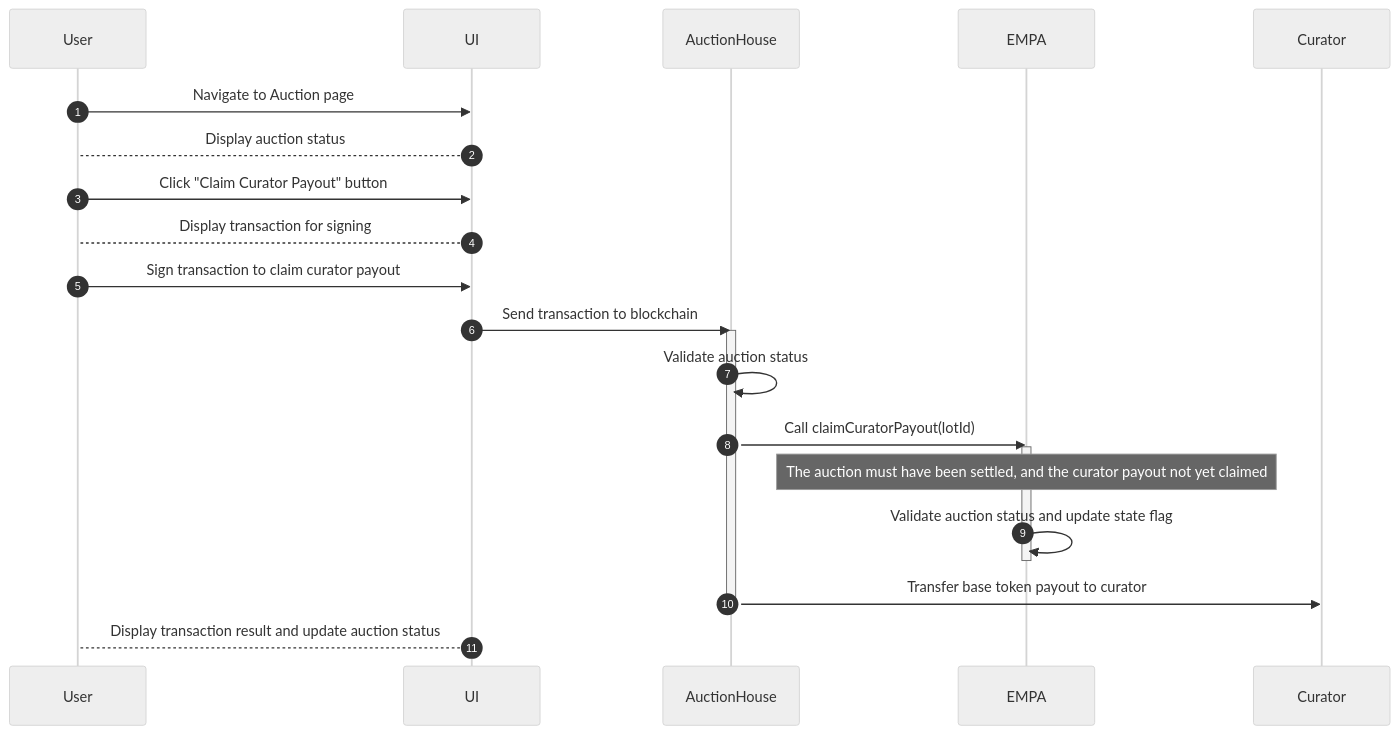
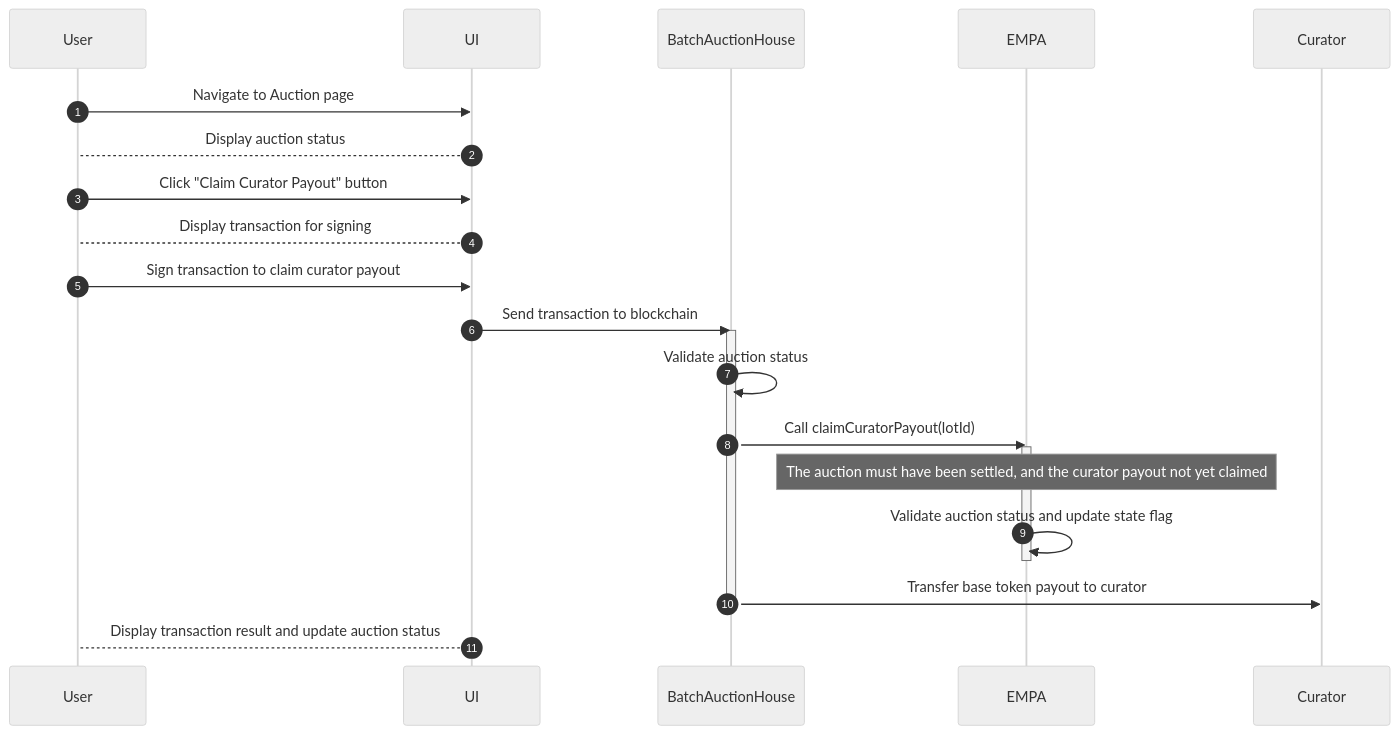
Before and after one commit to Axis-Fi/axis-core: the eighth of 9 diagrams in design/EMPA.md, drawn with Mermaid (neutral theme). The commit also changed other lines of this file, not shown here.

Commit message:
AuctionHouse -> BatchAuctionHouse

````diff
--- a/design/EMPA.md
+++ b/design/EMPA.md
@@ -410,26 +410,26 @@
 ```mermaid
 sequenceDiagram
   autoNumber
   participant User
   participant UI
-  participant AuctionHouse
+  participant BatchAuctionHouse
   participant EMPA
   participant Curator
 
   User->>UI: Navigate to Auction page
   UI-->User: Display auction status
   User->>UI: Click "Claim Curator Payout" button
   UI-->User: Display transaction for signing
   User->>UI: Sign transaction to claim curator payout
-  UI->>AuctionHouse: Send transaction to blockchain
-  activate AuctionHouse
-    AuctionHouse->>AuctionHouse: Validate auction status
-    AuctionHouse->>EMPA: Call claimCuratorPayout(lotId)
+  UI->>BatchAuctionHouse: Send transaction to blockchain
+  activate BatchAuctionHouse
+    BatchAuctionHouse->>BatchAuctionHouse: Validate auction status
+    BatchAuctionHouse->>EMPA: Call claimCuratorPayout(lotId)
     activate EMPA
       Note over EMPA: The auction must have been settled, and the curator payout not yet claimed
       EMPA->>EMPA: Validate auction status and update state flag
     deactivate EMPA
-    AuctionHouse->>Curator: Transfer base token payout to curator
-  deactivate AuctionHouse
+    BatchAuctionHouse->>Curator: Transfer base token payout to curator
+  deactivate BatchAuctionHouse
   UI-->User: Display transaction result and update auction status
 ```
````
